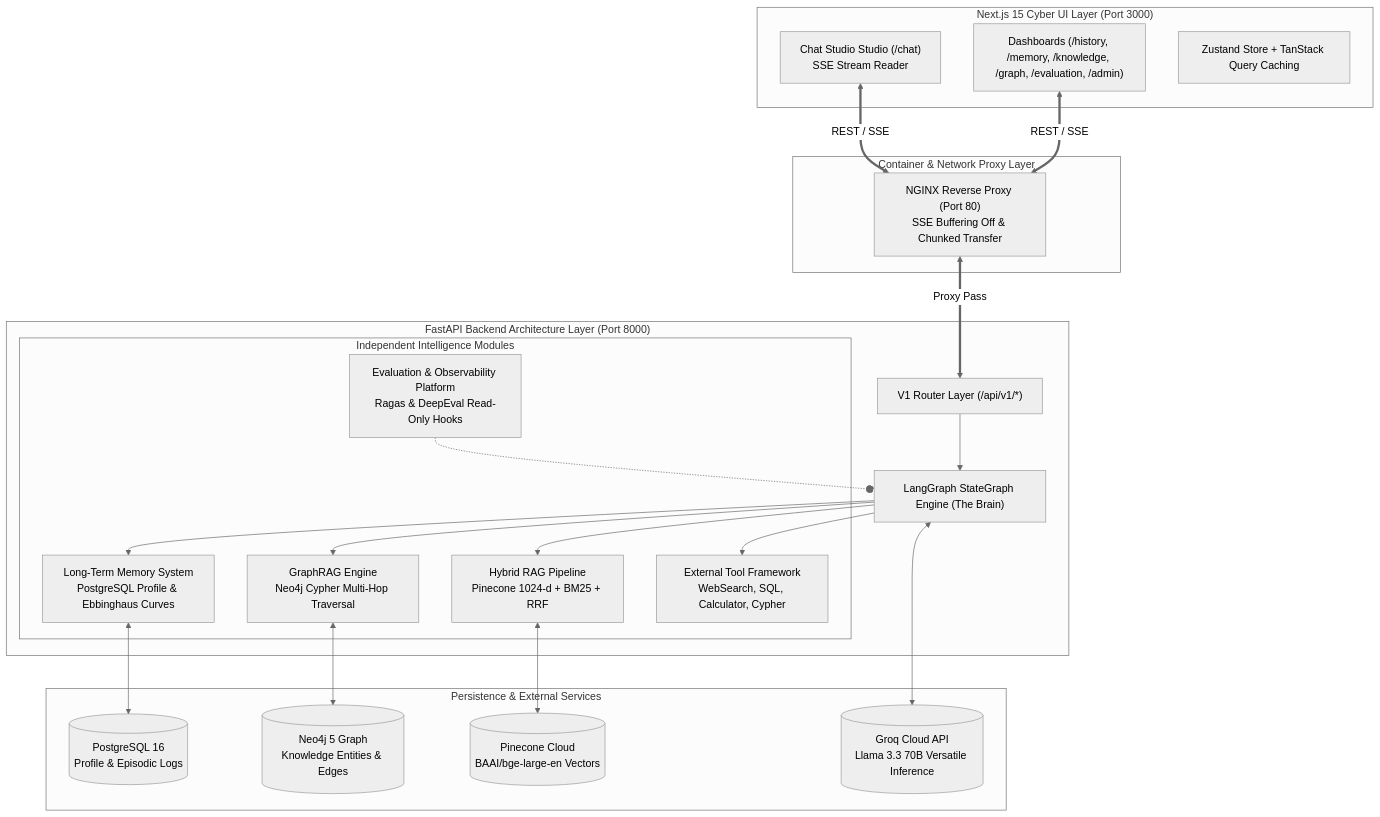
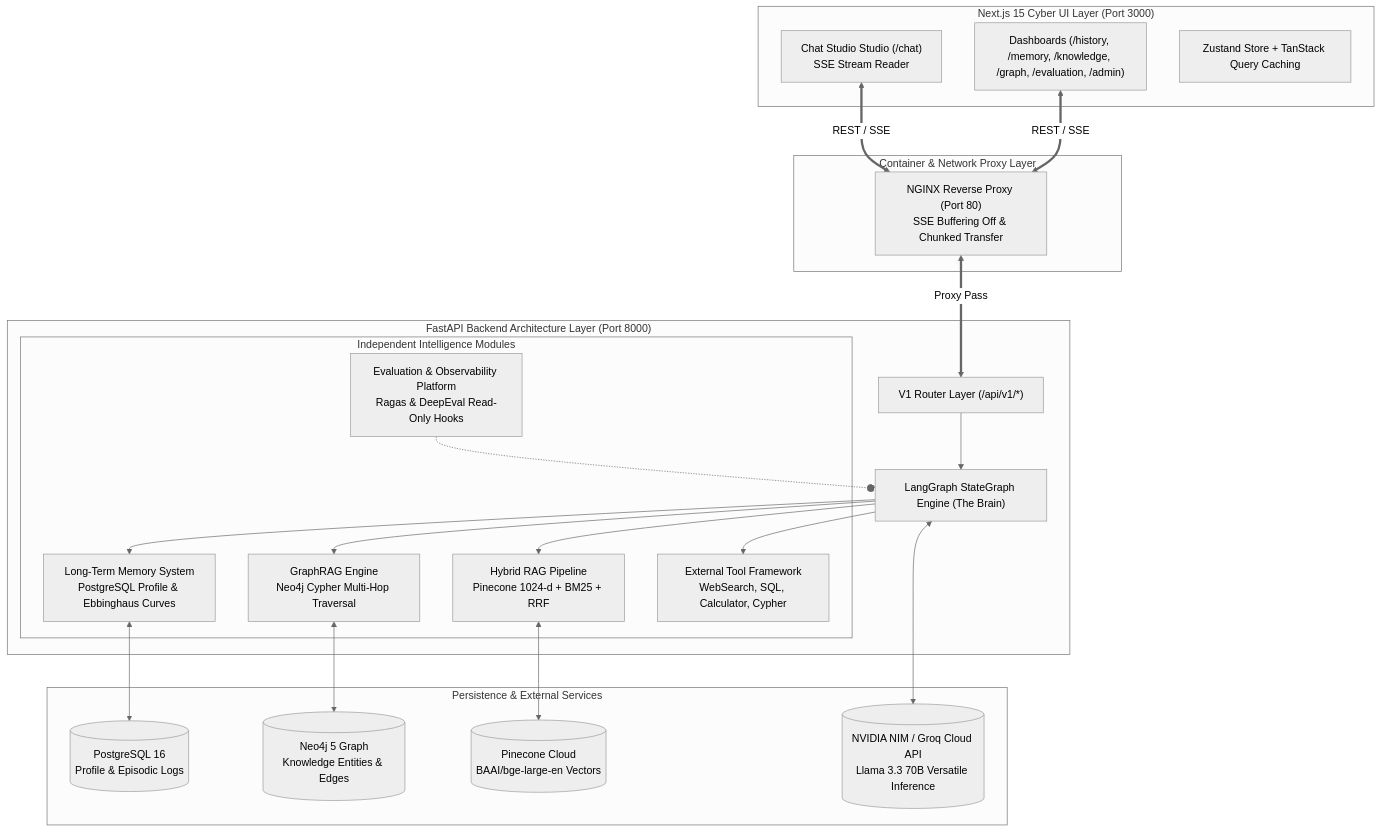
One commit to AnveshAnnepaga/Memory-Argumented-Chatbot changed the diagram in README.md. Above: the diagram before and after it, drawn with Mermaid (neutral theme). The commit also changed other lines of this file, not shown here.

Commit message:
docs: update README with live demo link and final feature architecture

````diff
--- a/README.md
+++ b/README.md
@@ -21,42 +24,42 @@
 ```mermaid
 graph TD
     subgraph Frontend["Next.js 15 Cyber UI Layer (Port 3000)"]
         ChatStudio["Chat Studio Studio (/chat)<br/>SSE Stream Reader"]
         Dashboards["Dashboards (/history, /memory, /knowledge, /graph, /evaluation, /admin)"]
         ZustandStore["Zustand Store + TanStack Query Caching"]
     end
 
     subgraph ReverseProxy["Container & Network Proxy Layer"]
         NGINX["NGINX Reverse Proxy (Port 80)<br/>SSE Buffering Off & Chunked Transfer"]
     end
 
     subgraph Backend["FastAPI Backend Architecture Layer (Port 8000)"]
         Router["V1 Router Layer (/api/v1/*)"]
         Orchestration["LangGraph StateGraph Engine (The Brain)"]
         
         subgraph DecoupledModules["Independent Intelligence Modules"]
             HybridRAG["Hybrid RAG Pipeline<br/>Pinecone 1024-d + BM25 + RRF"]
             GraphRAG["GraphRAG Engine<br/>Neo4j Cypher Multi-Hop Traversal"]
             LTMemory["Long-Term Memory System<br/>PostgreSQL Profile & Ebbinghaus Curves"]
             ToolSystem["External Tool Framework<br/>WebSearch, SQL, Calculator, Cypher"]
             Observability["Evaluation & Observability Platform<br/>Ragas & DeepEval Read-Only Hooks"]
         end
     end
 
     subgraph Storage["Persistence & External Services"]
         PostgresDB[(PostgreSQL 16<br/>Profile & Episodic Logs)]
         Neo4jDB[(Neo4j 5 Graph<br/>Knowledge Entities & Edges)]
         PineconeCloud[(Pinecone Cloud<br/>BAAI/bge-large-en Vectors)]
-        GroqLLM[("Groq Cloud API<br/>Llama 3.3 70B Versatile Inference")]
+        GroqLLM[("NVIDIA NIM / Groq Cloud API<br/>Llama 3.3 70B Versatile Inference")]
     end
 
     ChatStudio & Dashboards <==REST / SSE==> NGINX
     NGINX <==Proxy Pass==> Router
     Router --> Orchestration
     Orchestration --> HybridRAG & GraphRAG & LTMemory & ToolSystem
     HybridRAG <--> PineconeCloud
     GraphRAG <--> Neo4jDB
     LTMemory <--> PostgresDB
     Orchestration <--> GroqLLM
     Observability -.-o Orchestration
 ```
````
